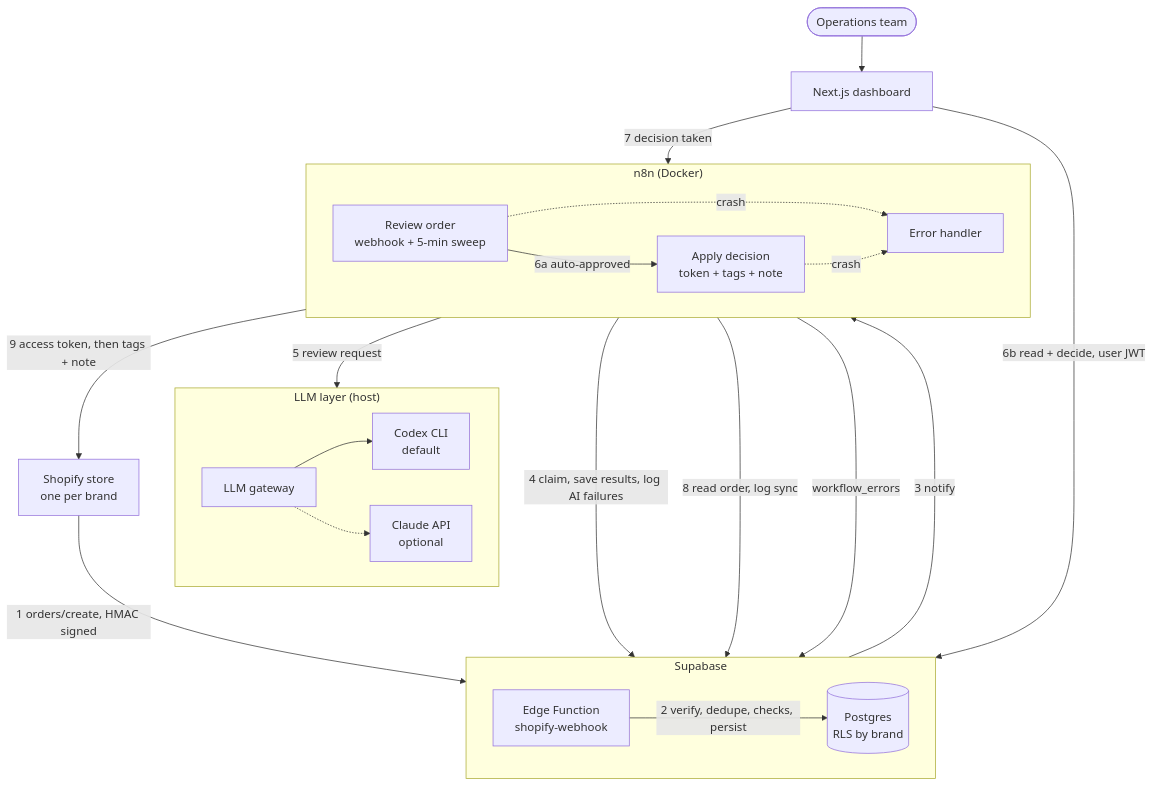
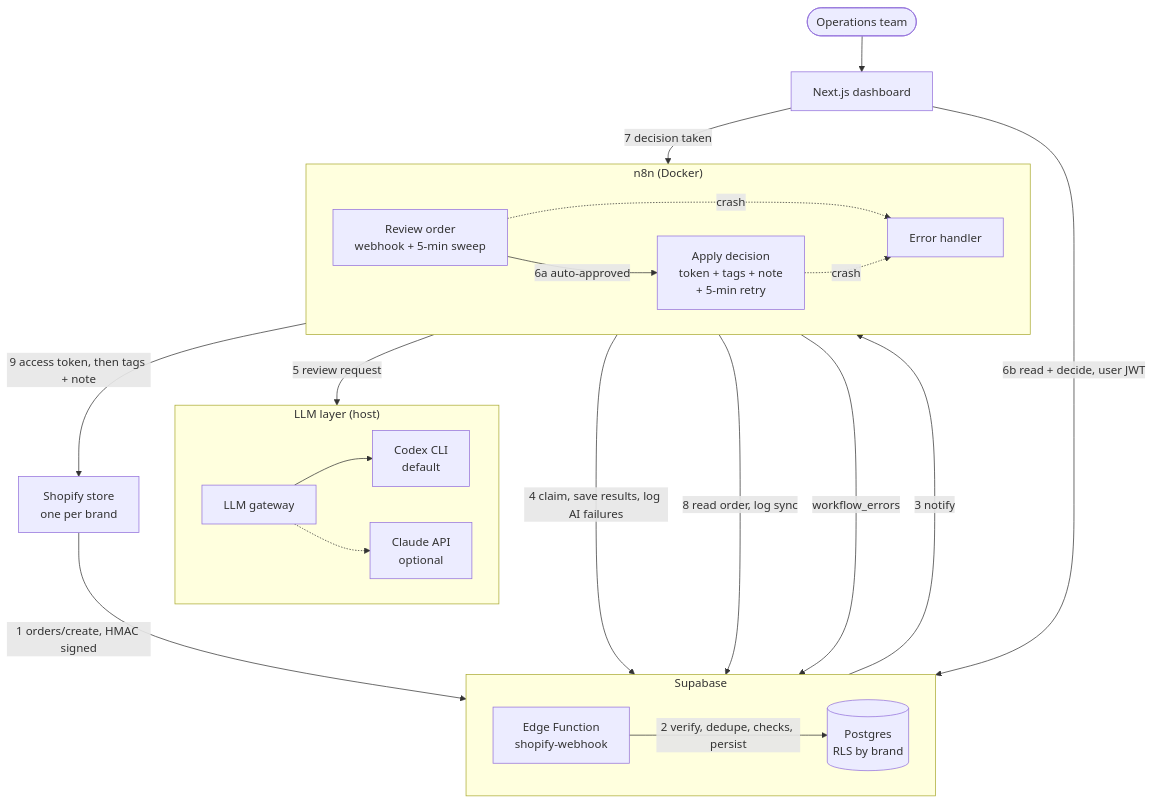
One commit to SamukDantas/order-ops-copilot changed the first of 4 diagrams in README.md. Above: the diagram before and after it, drawn with Mermaid. The commit also changed other lines of this file and 10 other files, not shown here.

````diff
--- a/README.md
+++ b/README.md
@@ -38,44 +38,44 @@
 ```mermaid
 flowchart TB
     STORE["Shopify store<br/>one per brand"]
     OPS(["Operations team"])
 
     subgraph SB["Supabase"]
         direction LR
         EF["Edge Function<br/>shopify-webhook"]
         DB[("Postgres<br/>RLS by brand")]
     end
 
     subgraph N8N["n8n (Docker)"]
         direction LR
         WF1["Review order<br/>webhook + 5-min sweep"]
-        WF2["Apply decision<br/>token + tags + note"]
+        WF2["Apply decision<br/>token + tags + note<br/>+ 5-min retry"]
         WF3["Error handler"]
     end
 
     subgraph HOST["LLM layer (host)"]
         direction LR
         GW["LLM gateway"]
         CODEX["Codex CLI<br/>default"]
         CLAUDE["Claude API<br/>optional"]
     end
 
     UI["Next.js dashboard"]
 
     STORE -- "1 orders/create, HMAC signed" --> EF
     EF -- "2 verify, dedupe, checks, persist" --> DB
     EF -- "3 notify" --> WF1
     WF1 -- "4 claim, save results, log AI failures" --> DB
     WF1 -- "5 review request" --> GW
     GW --> CODEX
     GW -.-> CLAUDE
     WF1 -- "6a auto-approved" --> WF2
     OPS --> UI
     UI -- "6b read + decide, user JWT" --> DB
     UI -- "7 decision taken" --> WF2
     WF2 -- "8 read order, log sync" --> DB
     WF2 -- "9 access token, then tags + note" --> STORE
     WF1 -. "crash" .-> WF3
     WF2 -. "crash" .-> WF3
     WF3 -- "workflow_errors" --> DB
 ```
````
